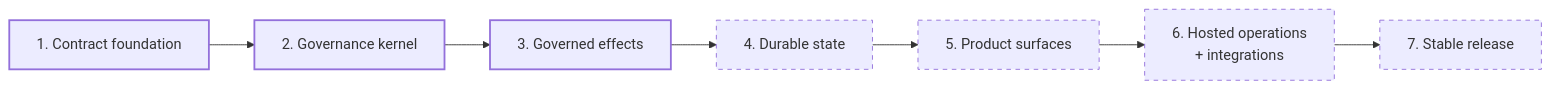
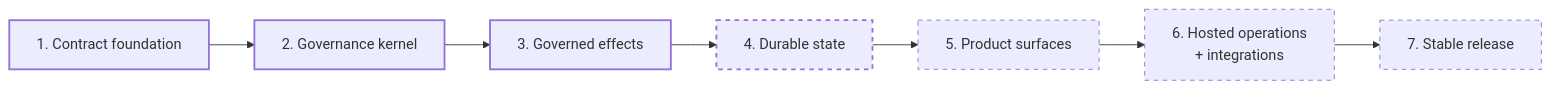
One commit to lamenting-hawthorn/governed-agent-harness changed the third of 3 diagrams in README.md. Above: the diagram before and after it, drawn with Mermaid. The commit also changed other lines of this file and 12 other files, not shown here.

````diff
--- a/README.md
+++ b/README.md
@@ -233,15 +233,16 @@
 ```mermaid
 flowchart LR
   Foundation["1. Contract foundation"]:::done
   Kernel["2. Governance kernel"]:::done
   Effects["3. Governed effects"]:::done
-  State["4. Durable state"]:::planned
+  State["4. Durable state"]:::inprogress
   Product["5. Product surfaces"]:::planned
   Operations["6. Hosted operations\n+ integrations"]:::planned
   Stable["7. Stable release"]:::planned
 
   Foundation --> Kernel --> Effects --> State --> Product --> Operations --> Stable
 
   classDef done stroke-width:2px
+  classDef inprogress stroke-width:2px,stroke-dasharray:5 5
   classDef planned stroke-dasharray:5 5
 ```
````
